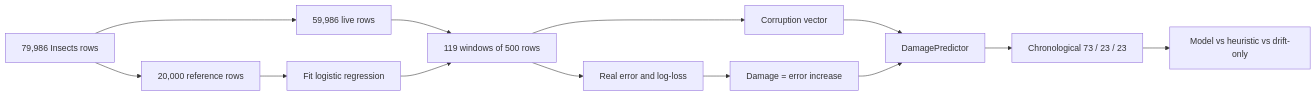
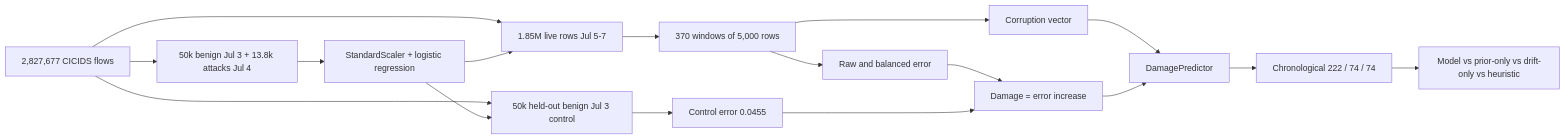
One commit to DhanushPillay/Driftalytics changed the third of 3 diagrams in README.md. Above: the diagram before and after it, drawn with Mermaid. The commit also changed other lines of this file, not shown here.

Commit message:
Document CICIDS benchmarks

````diff
--- a/README.md
+++ b/README.md
@@ -228,15 +238,19 @@
 ```mermaid
 flowchart LR
-    A[79,986 Insects rows] --> B[20,000 reference rows]
-    A --> C[59,986 live rows]
-    B --> D[Fit logistic regression]
-    C --> E[119 windows of 500 rows]
-    D --> E
-    E --> F[Real error and log-loss]
-    F --> G[Damage = error increase]
-    E --> H[Corruption vector]
-    H --> I[DamagePredictor]
-    G --> I
-    I --> J[Chronological 73 / 23 / 23]
-    J --> K[Model vs heuristic vs drift-only]
+    A[2,827,677 CICIDS flows] --> B[50k benign Jul 3 + 13.8k attacks Jul 4]
+    A --> C[50k held-out benign Jul 3 control]
+    A --> D[1.85M live rows Jul 5-7]
+    B --> E[StandardScaler + logistic regression]
+    E --> C
+    E --> D
+    D --> F[370 windows of 5,000 rows]
+    F --> G[Raw and balanced error]
+    F --> H[Corruption vector]
+    C --> I[Control error 0.0455]
+    G --> J[Damage = error increase]
+    I --> J
+    H --> K[DamagePredictor]
+    J --> K
+    K --> L[Chronological 222 / 74 / 74]
+    L --> M[Model vs prior-only vs drift-only vs heuristic]
 ```
````
